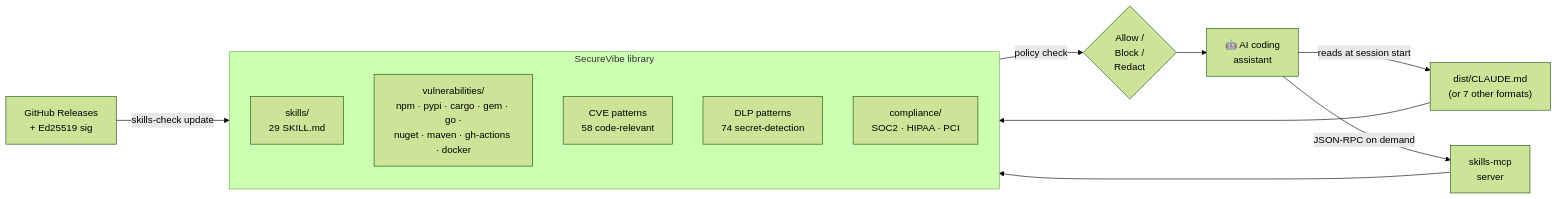
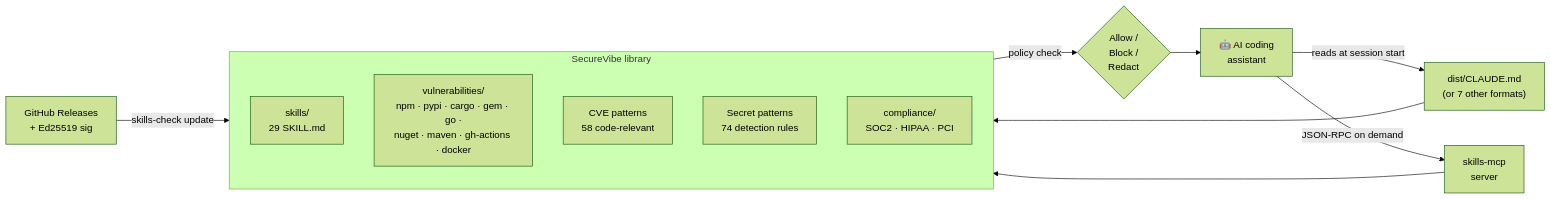
Before and after one commit to nguyencongnamit/skills-library: the diagram in docs/index.md, drawn with Mermaid (forest theme). The commit also changed other lines of this file and 29 other files, not shown here.

First line of the commit message:
rename: drop "DLP" feature label → "secret-detection patterns"

````diff
--- a/docs/index.md
+++ b/docs/index.md
@@ -96,18 +96,18 @@
 ``` mermaid
 flowchart LR
     AI["🤖 AI coding<br/>assistant"] -->|reads at session start| DIST["dist/CLAUDE.md<br/>(or 7 other formats)"]
     AI -->|JSON-RPC on demand| MCP["skills-mcp<br/>server"]
     subgraph LIB [" SecureVibe library "]
         direction TB
         SK["skills/<br/>29 SKILL.md"]
         VU["vulnerabilities/<br/>npm · pypi · cargo · gem · go ·<br/>nuget · maven · gh-actions · docker"]
         CV["CVE patterns<br/>58 code-relevant"]
-        DLP["DLP patterns<br/>74 secret-detection"]
+        SECRETS["Secret patterns<br/>74 detection rules"]
         CO["compliance/<br/>SOC2 · HIPAA · PCI"]
     end
     DIST --> LIB
     MCP --> LIB
     REL["GitHub Releases<br/>+ Ed25519 sig"] -->|skills-check update| LIB
     LIB -->|policy check| DEC{"Allow /<br/>Block /<br/>Redact"}
     DEC --> AI
 ```
````
